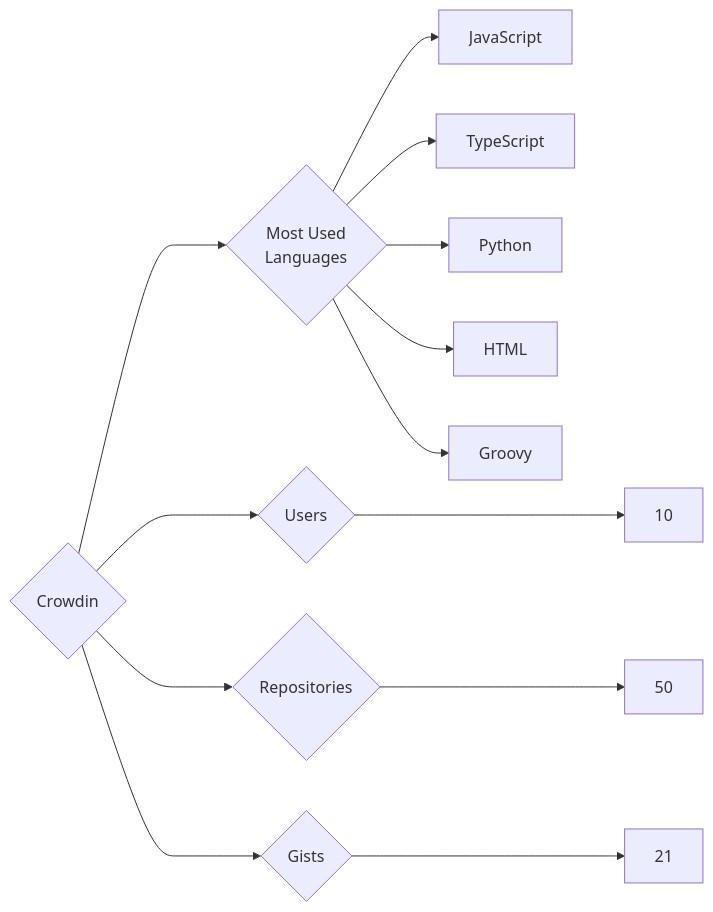
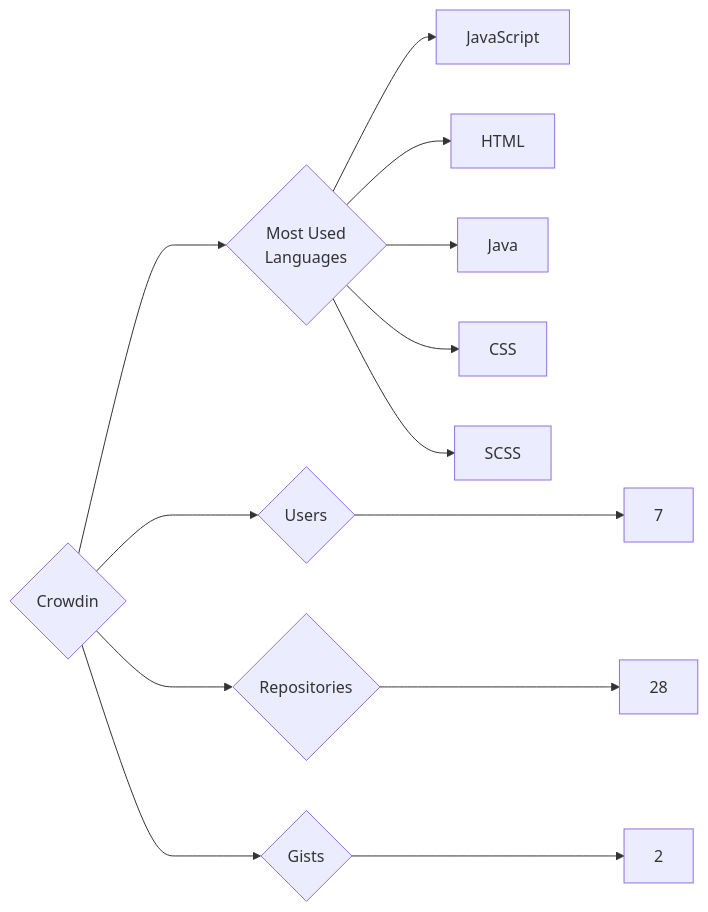
Before and after one commit to trickest/insiders: the diagram in targets/Crowdin/README.md, drawn with Mermaid. The commit also changed 1089 other files, not shown here.

````diff
--- a/targets/Crowdin/README.md
+++ b/targets/Crowdin/README.md
@@ -3,13 +3,13 @@
 ```mermaid
 graph LR
 COMPANY_NAME{Crowdin}
-COMPANY_NAME ---> U{Users} ---> UN[10]
-COMPANY_NAME ---> R{Repositories} ---> RN[50]
-COMPANY_NAME ---> G{Gists} ---> GN[21]
+COMPANY_NAME ---> U{Users} ---> UN[7]
+COMPANY_NAME ---> R{Repositories} ---> RN[28]
+COMPANY_NAME ---> G{Gists} ---> GN[2]
 COMPANY_NAME ---> ML{Most Used<br>Languages}
 ML --> JavaScript[JavaScript]
-ML --> TypeScript[TypeScript]
-ML --> Python[Python]
 ML --> HTML[HTML]
-ML --> Groovy[Groovy]
+ML --> Java[Java]
+ML --> CSS[CSS]
+ML --> SCSS[SCSS]
 ```
````
